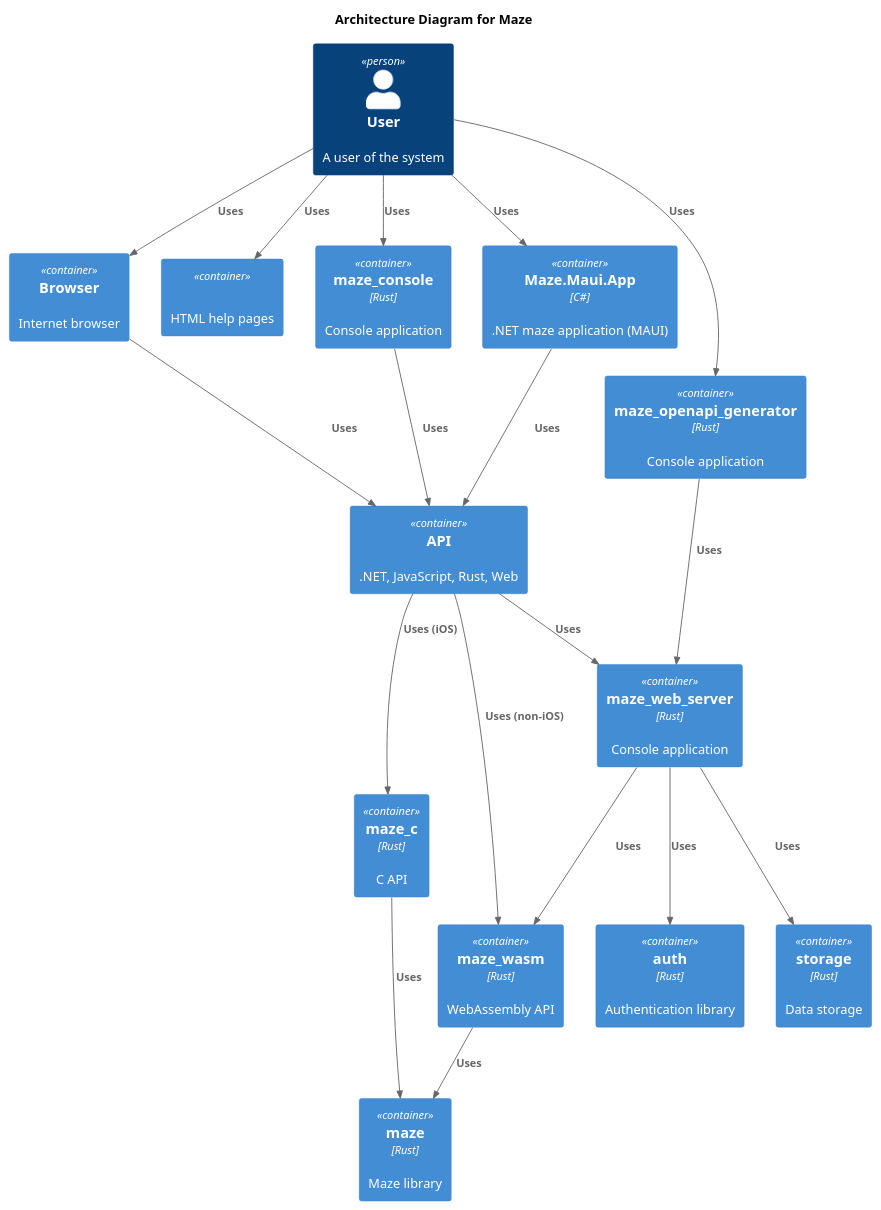
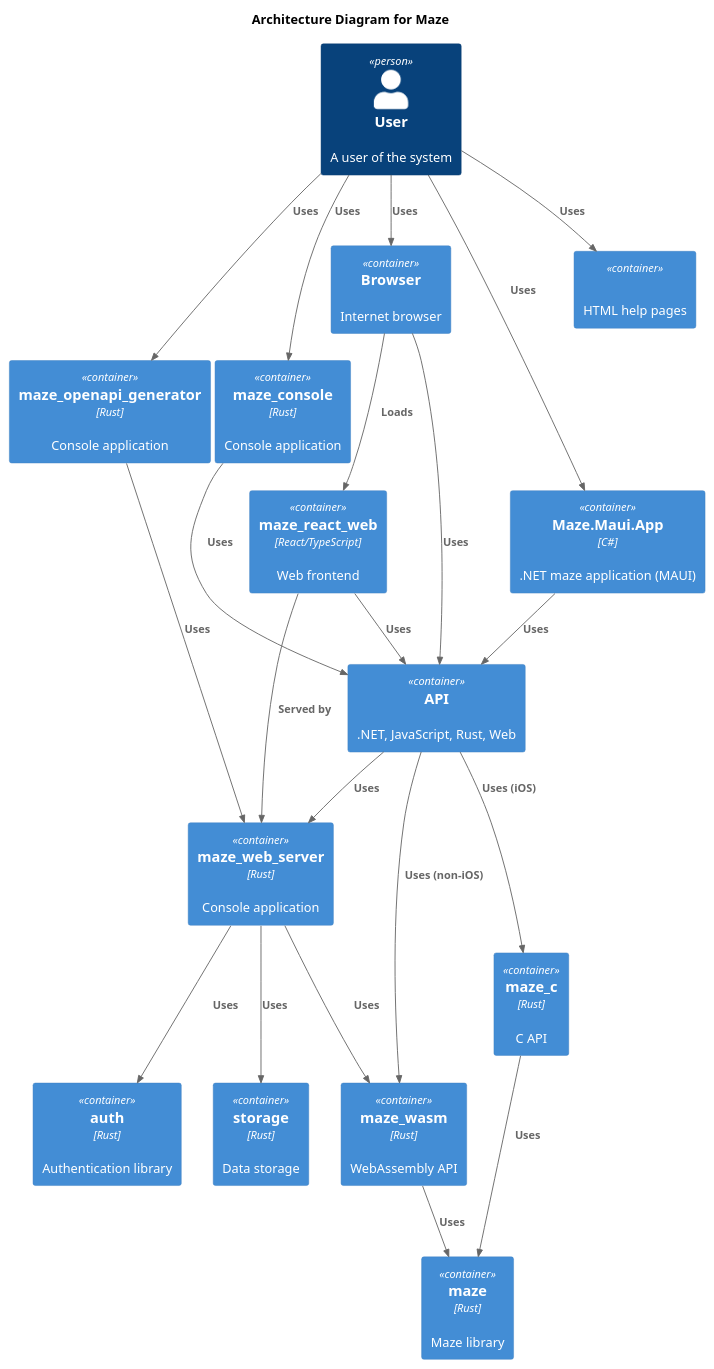
One commit to budgiedownunder/maze changed the diagram in docs/diagrams/architecture.puml. Above: the diagram before and after it, drawn with PlantUML. The commit also changed 1 other file, not shown here.

Commit message:
docs: add React web frontend to architecture and component diagrams

```diff
--- a/docs/diagrams/architecture.puml
+++ b/docs/diagrams/architecture.puml
@@ -2,40 +2,44 @@
 @startuml
 
 !include https://raw.githubusercontent.com/plantuml-stdlib/C4-PlantUML/master/C4_Container.puml
 
 title Architecture Diagram for Maze
 
 Person(user, "User", "A user of the system")
 
 Container(api, "API", "", ".NET, JavaScript, Rust, Web")
 Container(auth, "auth", "Rust", "Authentication library")
 Container(browser, "Browser", "", "Internet browser")
 Container(html_help, "", "", "HTML help pages")
 Container(maze, "maze", "Rust", "Maze library")
 Container(maze_c, "maze_c", "Rust", "C API")
 Container(maze_console, "maze_console", "Rust", "Console application")
 Container(maze_maui_app_net, "Maze.Maui.App", "C#", ".NET maze application (MAUI)")
 Container(maze_openapi_generator, "maze_openapi_generator", "Rust", "Console application")
 Container(maze_wasm, "maze_wasm", "Rust", "WebAssembly API")
+Container(maze_react_web, "maze_react_web", "React/TypeScript", "Web frontend")
 Container(maze_web_server, "maze_web_server", "Rust", "Console application")
 Container(storage, "storage", "Rust", "Data storage")
 
 Rel(user, browser, "Uses")
+Rel(maze_react_web, maze_web_server, "Served by")
 Rel(user, html_help, "Uses")
 Rel(user, maze_console, "Uses")
 Rel(user, maze_maui_app_net, "Uses")
 Rel(user, maze_openapi_generator, "Uses")
 Rel(browser, api, "Uses")
+Rel(browser, maze_react_web, "Loads")
+Rel(maze_react_web, api, "Uses")
 Rel(maze_console, api, "Uses")
 Rel(maze_maui_app_net, api, "Uses")
 Rel(maze_openapi_generator, maze_web_server, "Uses")
 Rel(maze_c, maze, "Uses")
 Rel(maze_wasm, maze, "Uses")
 Rel(api, maze_wasm, "Uses (non-iOS)")
 Rel(api, maze_c, "Uses (iOS)")
 Rel(api, maze_web_server, "Uses")
 Rel(maze_web_server, maze_wasm, "Uses")
 Rel(maze_web_server, auth, "Uses")
 Rel(maze_web_server, storage, "Uses")
 
 @enduml
```
